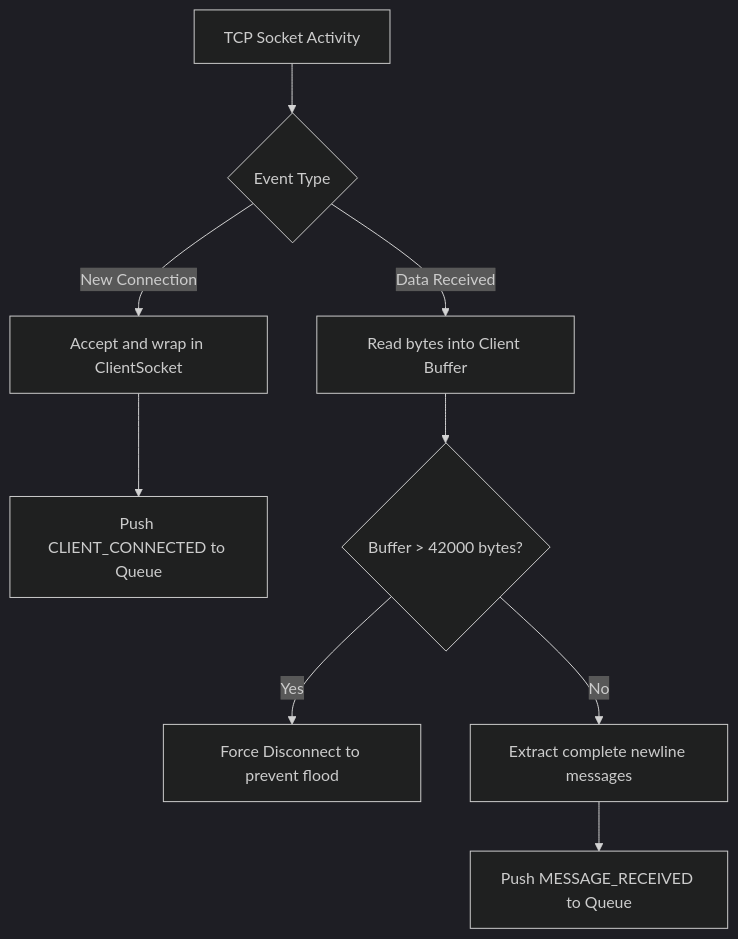
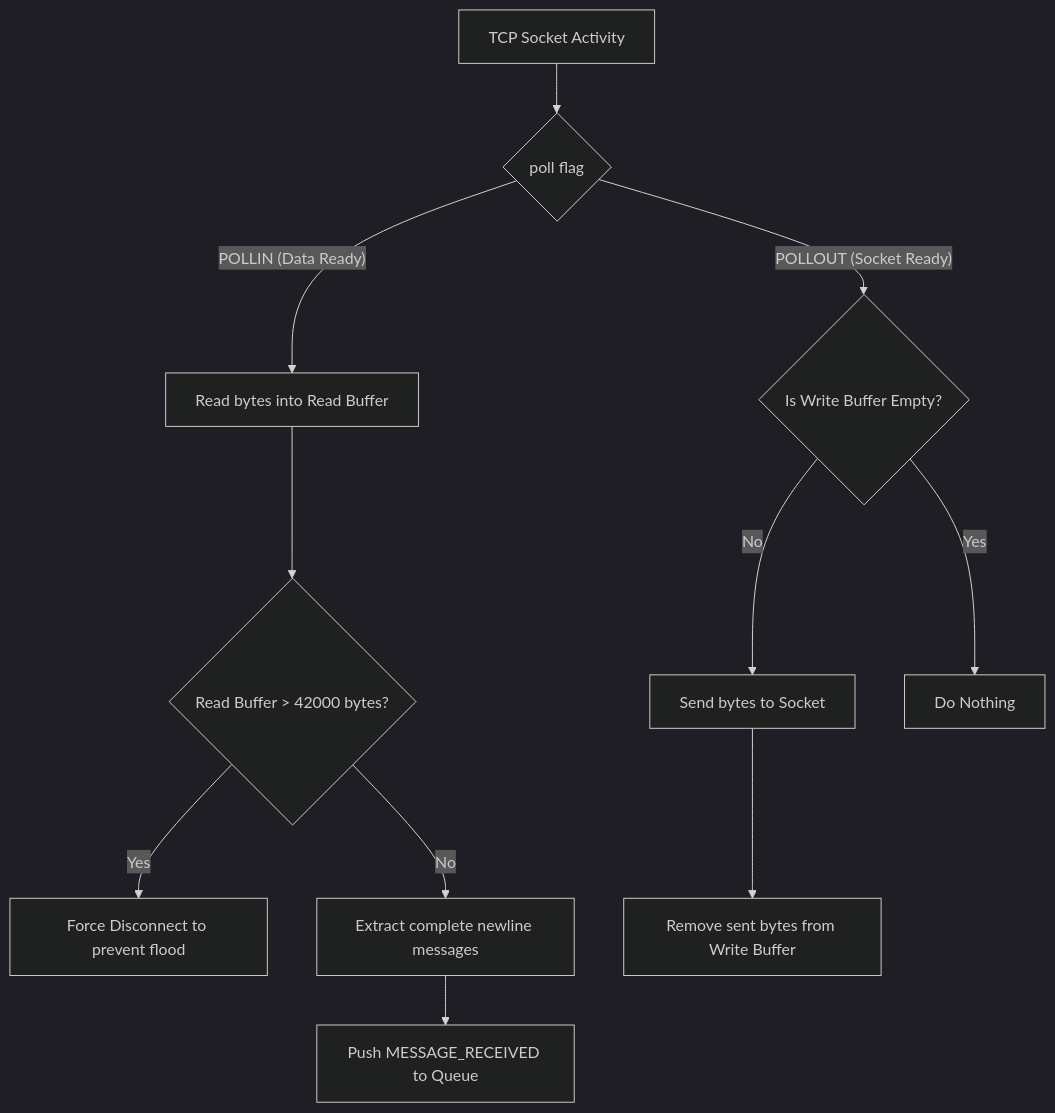
One commit to Matt4401/Mirror-Zappy changed the diagram in docs/network.md. Above: the diagram before and after it, drawn with Mermaid (dark theme). The commit also changed other lines of this file, not shown here.

Commit message:
chore(docs/server): explains the sendMessage part from the server

````diff
--- a/docs/network.md
+++ b/docs/network.md
@@ -36,15 +44,17 @@
 ```mermaid
 graph TD
-    A[TCP Socket Activity] --> B{Event Type}
+    A[TCP Socket Activity] --> B{poll flag}
     
-    B -- New Connection --> C[Accept and wrap in ClientSocket]
-    C --> D[Push CLIENT_CONNECTED to Queue]
-    
-    B -- Data Received --> E[Read bytes into Client Buffer]
-    E --> F{Buffer > 42000 bytes?}
-    
+    %% The Read Path
+    B -- POLLIN (Data Ready) --> E[Read bytes into Read Buffer]
+    E --> F{Read Buffer > 42000 bytes?}
     F -- Yes --> G[Force Disconnect to prevent flood]
     F -- No --> H[Extract complete newline messages]
     H --> I[Push MESSAGE_RECEIVED to Queue]
-
+    
+    %% The Write Path
+    B -- POLLOUT (Socket Ready) --> W1{Is Write Buffer Empty?}
+    W1 -- No --> W2[Send bytes to Socket]
+    W2 --> W3[Remove sent bytes from Write Buffer]
+    W1 -- Yes --> W4[Do Nothing]
 ```
````
